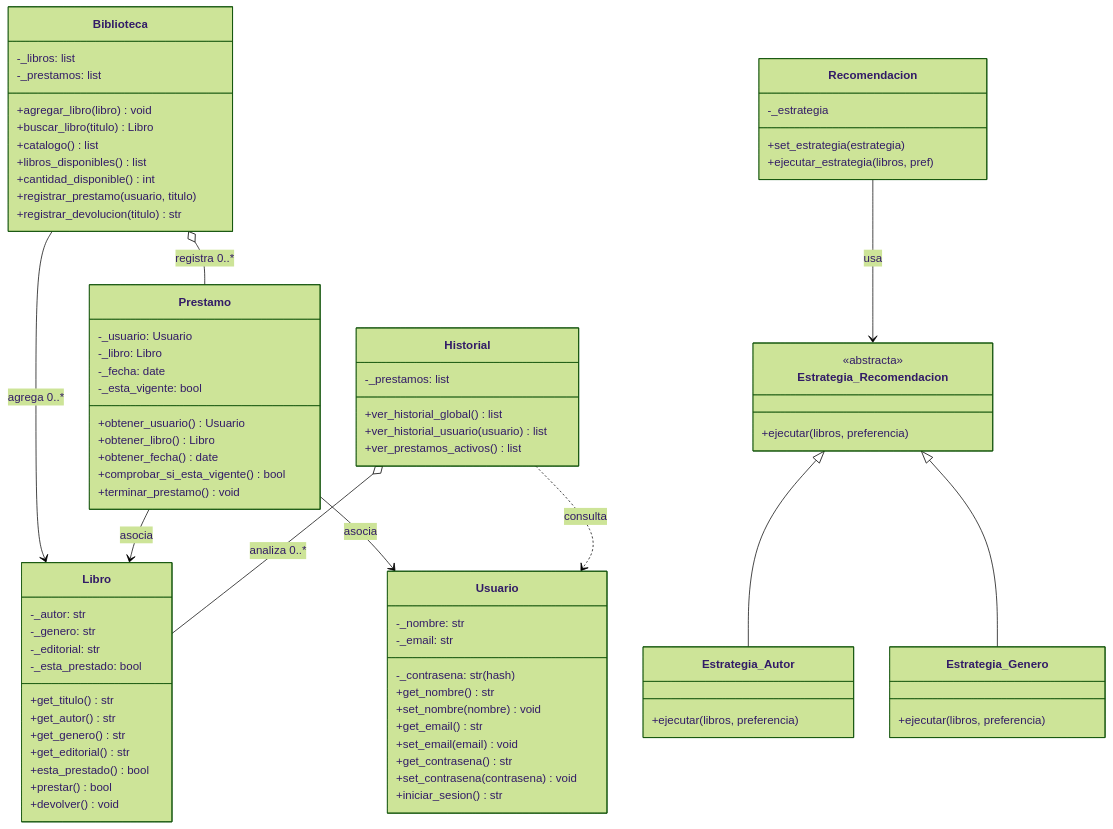
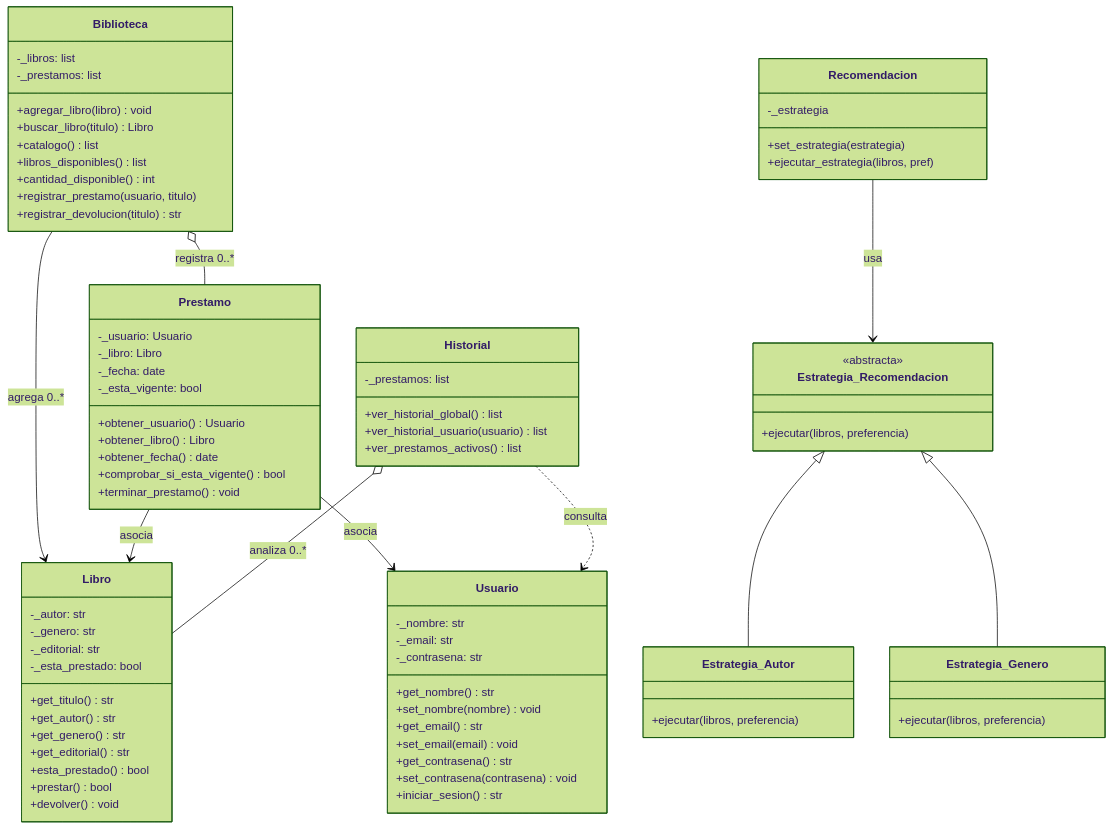
One commit to aljuliedot/Gestion-de-Biblioteca-UNAB. changed the diagram in README.md. Above: the diagram before and after it, drawn with Mermaid (forest theme).

Commit message:
Actualizar README.md

```diff
--- a/README.md
+++ b/README.md
@@ -138,7 +138,7 @@
     class Usuario {
         -_nombre: str
         -_email: str
-        -_contrasena: str(hash)
+        -_contrasena: str
         +get_nombre() str
         +set_nombre(nombre) void
         +get_email() str
```
